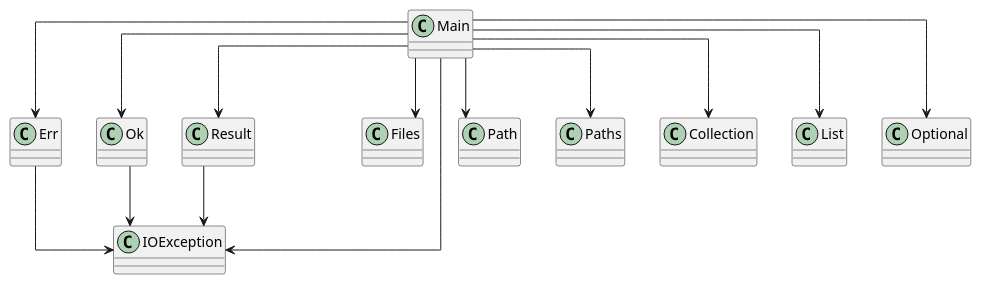
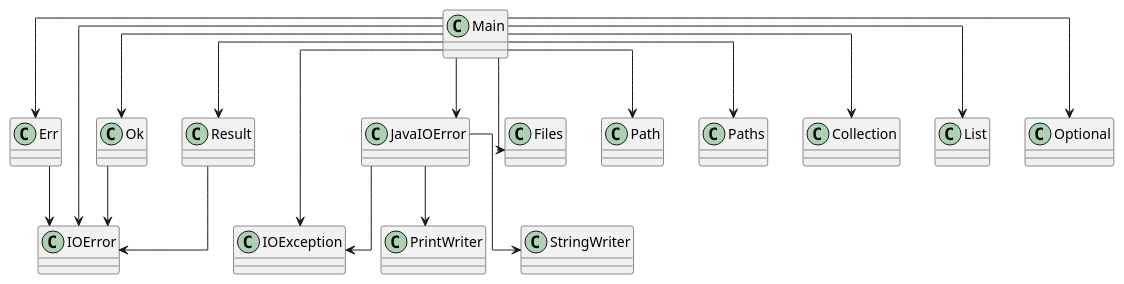
The diagram in diagram.puml (SirMathhman/Magma), drawn with PlantUML before and after one commit. The commit also changed 6 other files, not shown here.

```diff
--- a/diagram.puml
+++ b/diagram.puml
@@ -1,18 +1,28 @@
 @startuml
 skinparam linetype ortho
+class IOError
+class JavaIOError
+JavaIOError --> IOException
+JavaIOError --> PrintWriter
+JavaIOError --> StringWriter
 class Main
+Main --> IOError
+Main --> JavaIOError
 Main --> Err
 Main --> Ok
 Main --> Result
 Main --> IOException
 Main --> Files
 Main --> Path
 Main --> Paths
 Main --> Collection
 Main --> List
 Main --> Optional
-Err --> IOException
-Ok --> IOException
-Result --> IOException
+class Err
+Err --> IOError
+class Ok
+Ok --> IOError
+class Result
+Result --> IOError
 
 @enduml
```
